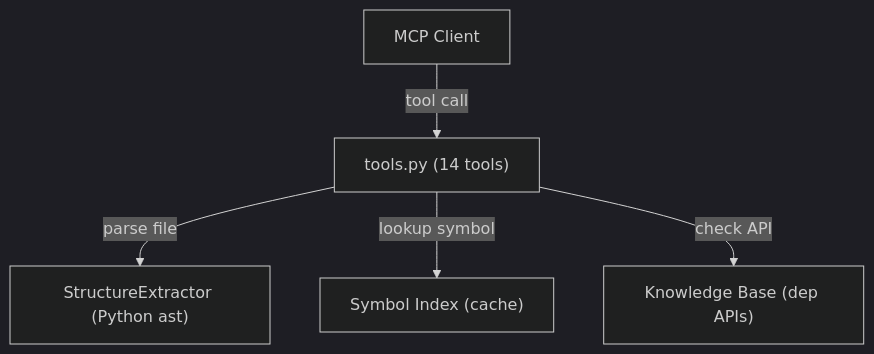
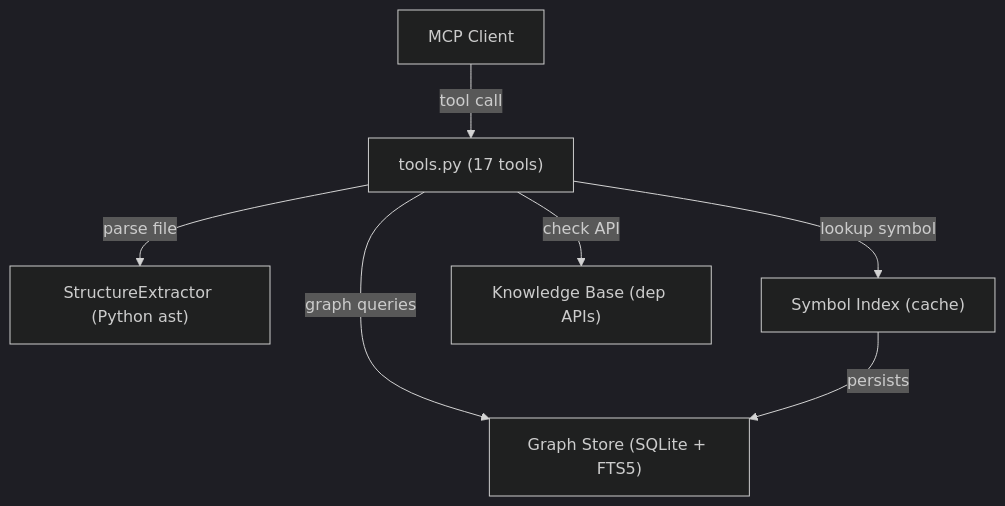
One commit to Fengrru/repograph-honest-mcp changed the second of 2 diagrams in README.md. Above: the diagram before and after it, drawn with Mermaid (dark theme). The commit also changed other lines of this file and 13 other files, not shown here.

First line of the commit message:
feat: complete CodeGraph-alignment roadmap (v0.2.0)

````diff
--- a/README.md
+++ b/README.md
@@ -415,7 +549,9 @@
 ```mermaid
 graph TD
-    Client["MCP Client"] -->|tool call| Tools["tools.py (14 tools)"]
+    Client["MCP Client"] -->|tool call| Tools["tools.py (17 tools)"]
     Tools -->|parse file| Extractor["StructureExtractor (Python ast)"]
     Tools -->|lookup symbol| Index["Symbol Index (cache)"]
+    Tools -->|graph queries| Graph["Graph Store (SQLite + FTS5)"]
     Tools -->|check API| KB["Knowledge Base (dep APIs)"]
+    Index -->|persists| Graph
 ```
````
